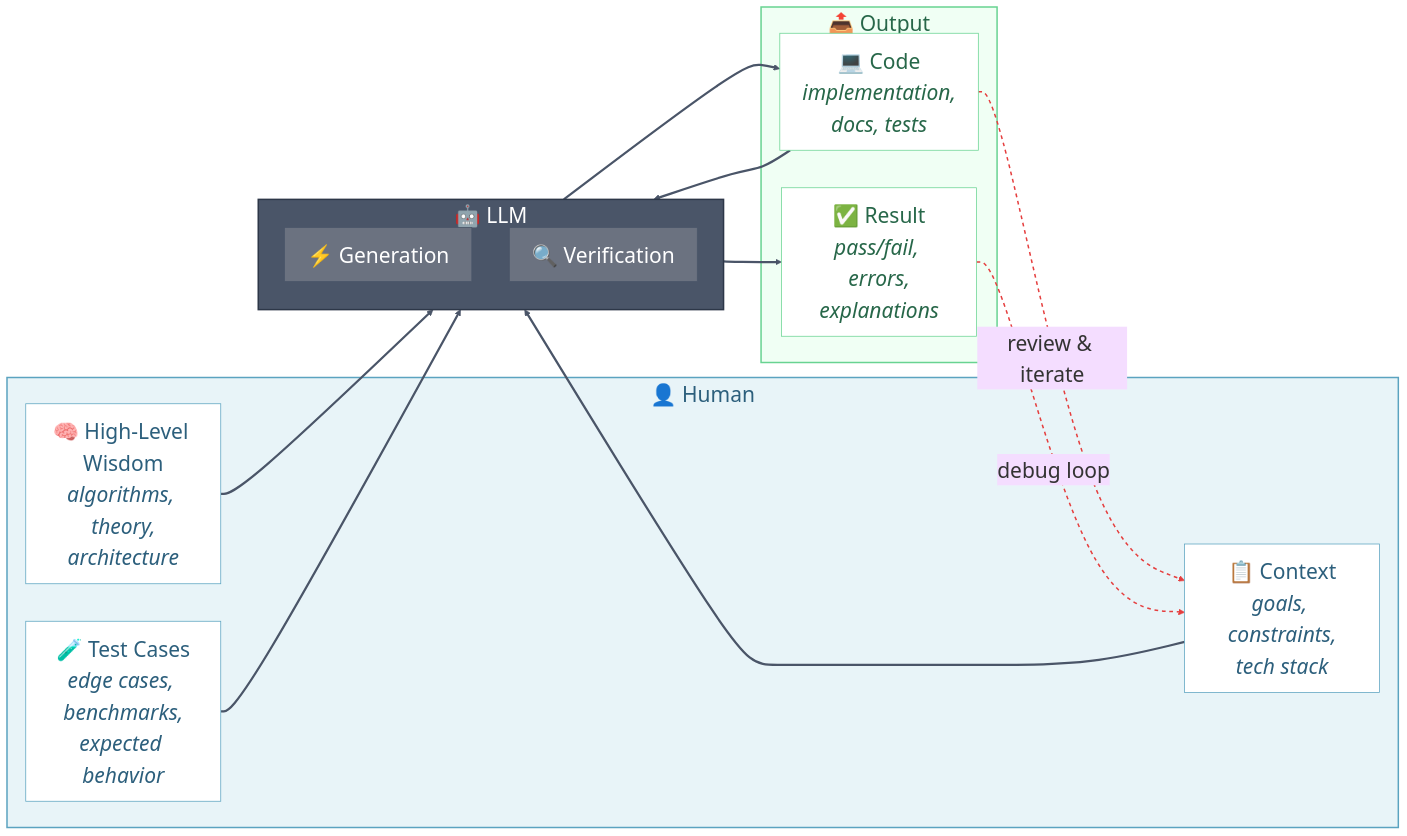
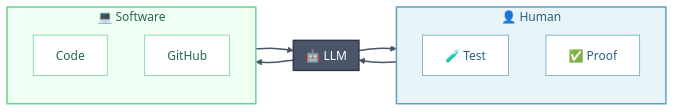
One commit to CodingThrust/PromptEngineeringForScience changed the diagram in coding/coding-flow.md. Above: the diagram before and after it, drawn with Mermaid.

````diff
--- a/coding/coding-flow.md
+++ b/coding/coding-flow.md
@@ -5,49 +5,34 @@
 ```mermaid
-%%{init: {'theme': 'base', 'themeVariables': { 'fontSize': '28px', 'fontFamily': 'system-ui' }}}%%
 flowchart LR
     subgraph Human["👤 Human"]
-        HLW["🧠 High-Level Wisdom<br/><i>algorithms, theory,<br/>architecture</i>"]
-        CTX["📋 Context<br/><i>goals, constraints,<br/>tech stack</i>"]
-        TC["🧪 Test Cases<br/><i>edge cases, benchmarks,<br/>expected behavior</i>"]
+        direction TB
+        T[🧪 Test]
+        PR[✅ Proof]
     end
 
-    subgraph LLM["🤖 LLM"]
+    subgraph AI["🤖 LLM"]
         direction TB
-        GEN["⚡ Generation"]
-        VER["🔍 Verification"]
     end
 
-    subgraph Output["📤 Output"]
-        CODE["💻 Code<br/><i>implementation,<br/>docs, tests</i>"]
-        RESULT["✅ Result<br/><i>pass/fail, errors,<br/>explanations</i>"]
+    subgraph Env["💻 Software"]
+        direction TB
+        C[Code]
+        GH[GitHub]
     end
 
-    HLW --> GEN
-    CTX --> GEN
-    GEN --> CODE
-    
-    CODE -.->|"review & iterate"| CTX
-    
-    TC --> VER
-    CODE --> VER
-    VER --> RESULT
-    
-    RESULT -.->|"debug loop"| CTX
+    T --> AI
+    AI --> C
+    GH --> AI
+    AI --> PR
 
     style Human fill:#e8f4f8,stroke:#5ba3c0,stroke-width:2px,color:#2c5f7c
-    style LLM fill:#4a5568,stroke:#2d3748,stroke-width:2px,color:#fff
-    style Output fill:#f0fff4,stroke:#68d391,stroke-width:2px,color:#276749
+    style AI fill:#4a5568,stroke:#2d3748,stroke-width:2px,color:#fff
+    style Env fill:#f0fff4,stroke:#68d391,stroke-width:2px,color:#276749
     
-    style HLW fill:#fff,stroke:#5ba3c0,color:#2c5f7c
-    style CTX fill:#fff,stroke:#5ba3c0,color:#2c5f7c
-    style TC fill:#fff,stroke:#5ba3c0,color:#2c5f7c
+    style T fill:#fff,stroke:#5ba3c0,color:#2c5f7c
+    style PR fill:#fff,stroke:#5ba3c0,color:#2c5f7c
+    style C fill:#fff,stroke:#68d391,color:#276749
+    style GH fill:#fff,stroke:#68d391,color:#276749
     
-    style GEN fill:#6b7280,stroke:#4a5568,color:#fff
-    style VER fill:#6b7280,stroke:#4a5568,color:#fff
-    
-    style CODE fill:#fff,stroke:#68d391,color:#276749
-    style RESULT fill:#fff,stroke:#68d391,color:#276749
-
-    linkStyle 0,1,2,4,5,6 stroke:#4a5568,stroke-width:3px
-    linkStyle 3,7 stroke:#e53e3e,stroke-width:2px,stroke-dasharray:5
+    linkStyle 0,1,2,3 stroke:#4a5568,stroke-width:2px
 ```
````
